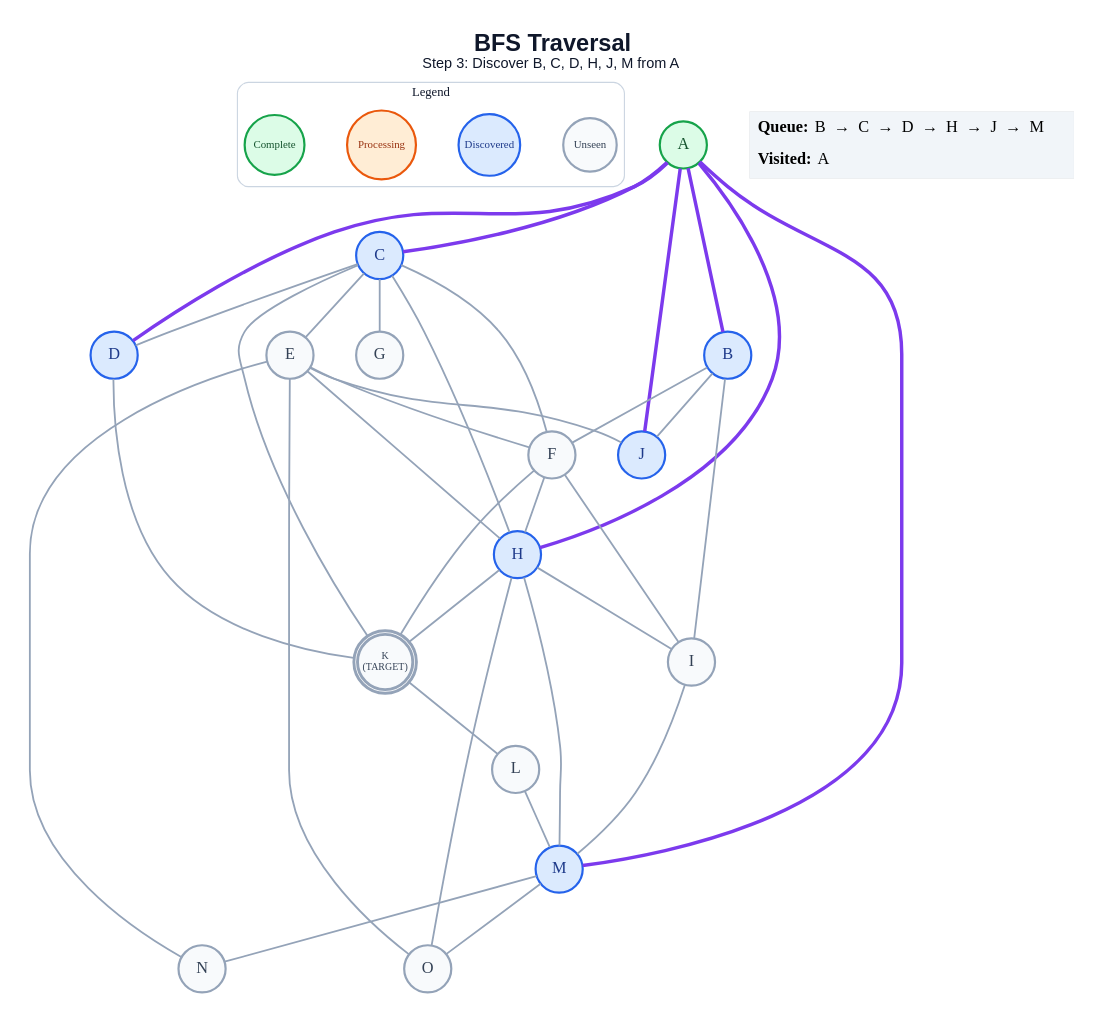
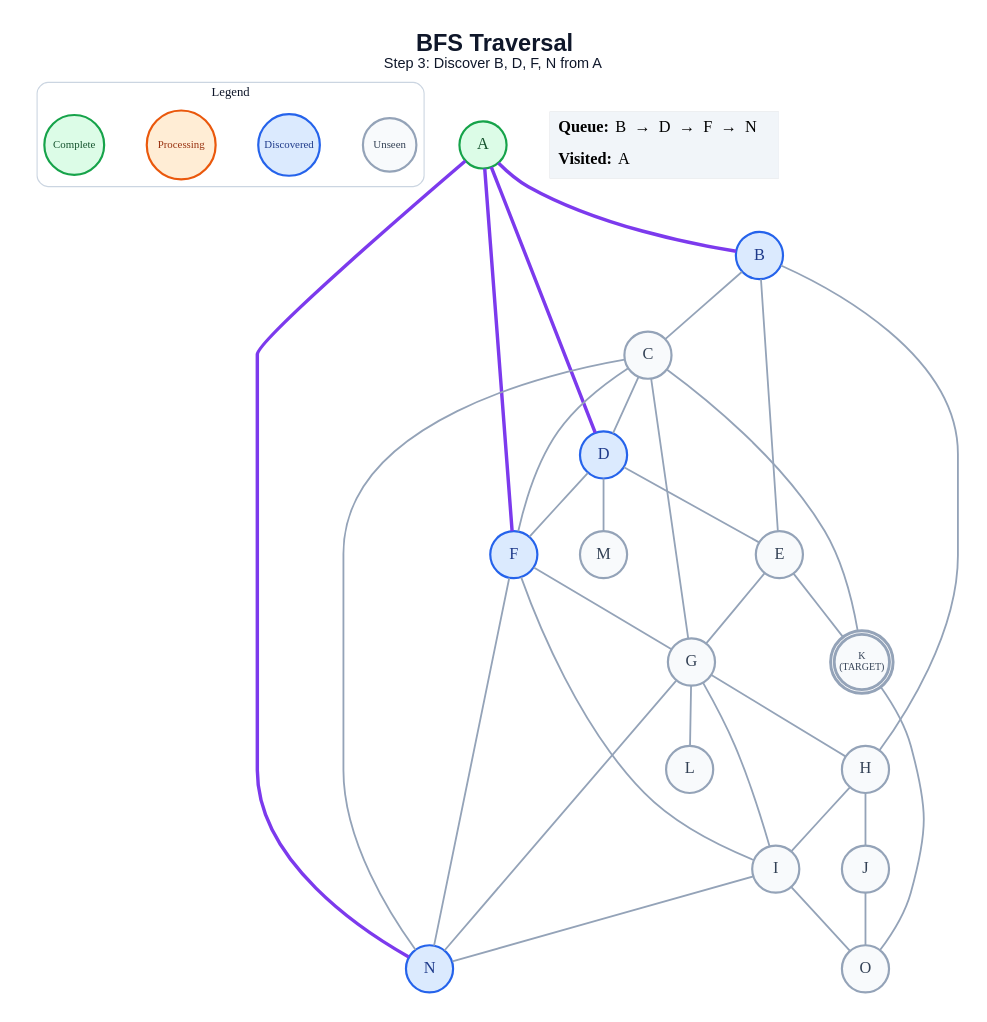
One commit to anon7238593-create/ai-slop changed the diagram in generated/specific-node/bfs/step_03.dot. Above: the diagram before and after it, drawn with Graphviz. The commit also changed 240 other files, not shown here.

```diff
--- a/generated/specific-node/bfs/step_03.dot
+++ b/generated/specific-node/bfs/step_03.dot
@@ -1,67 +1,64 @@
 graph traversal {
   graph [layout=dot, rankdir=TB, bgcolor="#FFFFFF", pad="0.35", nodesep="0.65", ranksep="0.8", fontname="Arial"];
   node [shape=circle, style="filled", fontname="Arial Bold", fontsize=18, width=0.72, fixedsize=true, penwidth=2.4];
   edge [color="#94A3B8", penwidth=2.0];
-  label=<<B>BFS Traversal</B><BR/><FONT POINT-SIZE="16">Step 3: Discover B, C, D, H, J, M from A</FONT>>; labelloc="t"; fontsize=26; fontname="Arial"; fontcolor="#0F172A";
+  label=<<B>BFS Traversal</B><BR/><FONT POINT-SIZE="16">Step 3: Discover B, D, F, N from A</FONT>>; labelloc="t"; fontsize=26; fontname="Arial"; fontcolor="#0F172A";
   subgraph cluster_legend { label="Legend"; color="#CBD5E1"; penwidth=1.2; style="rounded"; fontsize=14; fontname="Arial Bold";
     key_unseen [label="Unseen", fillcolor="#F8FAFC", color="#94A3B8", fontcolor="#334155", fontsize=12, width=0.82];
     key_frontier [label="Discovered", fillcolor="#DBEAFE", color="#2563EB", fontcolor="#1E3A8A", fontsize=12, width=0.95];
     key_current [label="Processing", fillcolor="#FFEDD5", color="#EA580C", fontcolor="#9A3412", fontsize=12, width=1.05];
     key_done [label="Complete", fillcolor="#DCFCE7", color="#16A34A", fontcolor="#14532D", fontsize=12, width=0.92];
     { rank=same; key_unseen; key_frontier; key_current; key_done; }
   }
   A [label="A", fillcolor="#DCFCE7", color="#16A34A", fontcolor="#14532D", peripheries=1, penwidth=2.4];
   B [label="B", fillcolor="#DBEAFE", color="#2563EB", fontcolor="#1E3A8A", peripheries=1, penwidth=2.4];
-  C [label="C", fillcolor="#DBEAFE", color="#2563EB", fontcolor="#1E3A8A", peripheries=1, penwidth=2.4];
+  C [label="C", fillcolor="#F8FAFC", color="#94A3B8", fontcolor="#334155", peripheries=1, penwidth=2.4];
   D [label="D", fillcolor="#DBEAFE", color="#2563EB", fontcolor="#1E3A8A", peripheries=1, penwidth=2.4];
   E [label="E", fillcolor="#F8FAFC", color="#94A3B8", fontcolor="#334155", peripheries=1, penwidth=2.4];
-  F [label="F", fillcolor="#F8FAFC", color="#94A3B8", fontcolor="#334155", peripheries=1, penwidth=2.4];
+  F [label="F", fillcolor="#DBEAFE", color="#2563EB", fontcolor="#1E3A8A", peripheries=1, penwidth=2.4];
   G [label="G", fillcolor="#F8FAFC", color="#94A3B8", fontcolor="#334155", peripheries=1, penwidth=2.4];
-  H [label="H", fillcolor="#DBEAFE", color="#2563EB", fontcolor="#1E3A8A", peripheries=1, penwidth=2.4];
+  H [label="H", fillcolor="#F8FAFC", color="#94A3B8", fontcolor="#334155", peripheries=1, penwidth=2.4];
   I [label="I", fillcolor="#F8FAFC", color="#94A3B8", fontcolor="#334155", peripheries=1, penwidth=2.4];
-  J [label="J", fillcolor="#DBEAFE", color="#2563EB", fontcolor="#1E3A8A", peripheries=1, penwidth=2.4];
+  J [label="J", fillcolor="#F8FAFC", color="#94A3B8", fontcolor="#334155", peripheries=1, penwidth=2.4];
   K [label="K\n(TARGET)", fillcolor="#F8FAFC", color="#94A3B8", fontcolor="#334155", peripheries=2, penwidth=3.2, fontsize=11, width=0.85, height=0.85];
   L [label="L", fillcolor="#F8FAFC", color="#94A3B8", fontcolor="#334155", peripheries=1, penwidth=2.4];
-  M [label="M", fillcolor="#DBEAFE", color="#2563EB", fontcolor="#1E3A8A", peripheries=1, penwidth=2.4];
-  N [label="N", fillcolor="#F8FAFC", color="#94A3B8", fontcolor="#334155", peripheries=1, penwidth=2.4];
+  M [label="M", fillcolor="#F8FAFC", color="#94A3B8", fontcolor="#334155", peripheries=1, penwidth=2.4];
+  N [label="N", fillcolor="#DBEAFE", color="#2563EB", fontcolor="#1E3A8A", peripheries=1, penwidth=2.4];
   O [label="O", fillcolor="#F8FAFC", color="#94A3B8", fontcolor="#334155", peripheries=1, penwidth=2.4];
   A -- B [color="#7C3AED", penwidth=3.8];
-  A -- C [color="#7C3AED", penwidth=3.8];
   A -- D [color="#7C3AED", penwidth=3.8];
-  A -- H [color="#7C3AED", penwidth=3.8];
-  A -- J [color="#7C3AED", penwidth=3.8];
-  A -- M [color="#7C3AED", penwidth=3.8];
-  B -- F;
-  B -- I;
-  B -- J;
+  A -- F [color="#7C3AED", penwidth=3.8];
+  A -- N [color="#7C3AED", penwidth=3.8];
+  B -- C;
+  B -- E;
+  B -- H;
   C -- D;
-  C -- E;
   C -- F;
   C -- G;
-  C -- H;
   C -- K;
-  D -- K;
-  E -- F;
-  E -- H;
-  E -- J;
-  E -- N;
-  E -- O;
-  F -- H;
+  C -- N;
+  D -- E;
+  D -- F;
+  D -- M;
+  E -- G;
+  E -- K;
+  F -- G;
   F -- I;
-  F -- K;
+  F -- N;
+  G -- H;
+  G -- I;
+  G -- L;
+  G -- N;
   H -- I;
-  H -- K;
-  H -- M;
-  H -- O;
-  I -- M;
-  K -- L;
-  L -- M;
-  M -- N;
-  M -- O;
+  H -- J;
+  I -- N;
+  I -- O;
+  J -- O;
+  K -- O;
   status [shape=plain, fixedsize=false, width=0, height=0, margin=0, label=<
     <TABLE BORDER="0" CELLBORDER="0" CELLPADDING="7" BGCOLOR="#F1F5F9">
-      <TR><TD ALIGN="LEFT"><B>Queue:</B> B  →  C  →  D  →  H  →  J  →  M</TD></TR>
+      <TR><TD ALIGN="LEFT"><B>Queue:</B> B  →  D  →  F  →  N</TD></TR>
       <TR><TD ALIGN="LEFT"><B>Visited:</B> A</TD></TR>
     </TABLE>
   >];
 }
```
